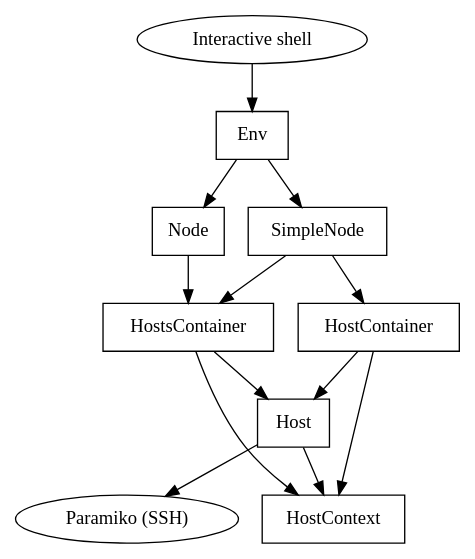
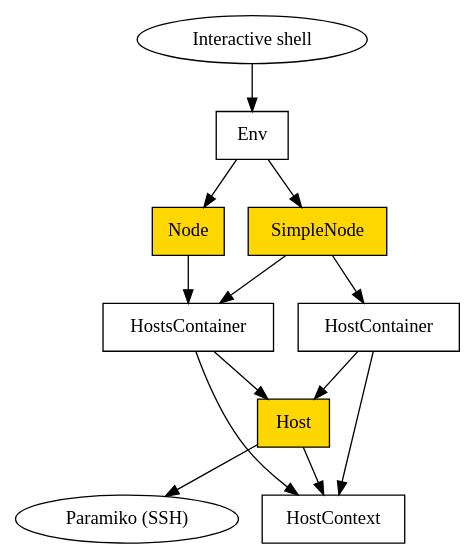
One commit to jonathanslenders/python-deployer changed the diagram in docs/pages/internals.rst. Above: the diagram before and after it, drawn with Graphviz. The commit also changed other lines of this file and 2 other files, not shown here.

```diff
--- a/docs/pages/internals.rst
+++ b/docs/pages/internals.rst
@@ -12,24 +20,28 @@
 .. graphviz::
 
    digraph internals{
+       "Node" [style=filled, fillcolor=gold1];
+       "SimpleNode" [style=filled, fillcolor=gold1];
+       "Host" [style=filled, fillcolor=gold1];
+
        "Host" [shape=box];
        "HostContainer" [shape=box];
        "HostsContainer" [shape=box];
        "Node" [shape=box];
        "SimpleNode" [shape=box];
        "Env" [shape=box];
        "HostContext" [shape=box];
 
        "Host" -> "HostContext";
        "Host" -> "Paramiko (SSH)";
        "HostsContainer" -> "Host";
        "HostContainer" -> "Host";
        "HostsContainer" -> "HostContext";
        "HostContainer" -> "HostContext";
        "Node" -> "HostsContainer";
        "SimpleNode" -> "HostsContainer";
        "SimpleNode" -> "HostContainer";
        "Env" -> "Node";
        "Env" -> "SimpleNode";
        "Interactive shell" -> "Env";
    }
```
